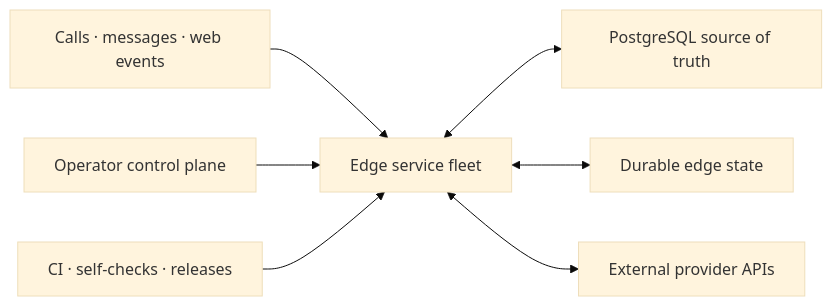
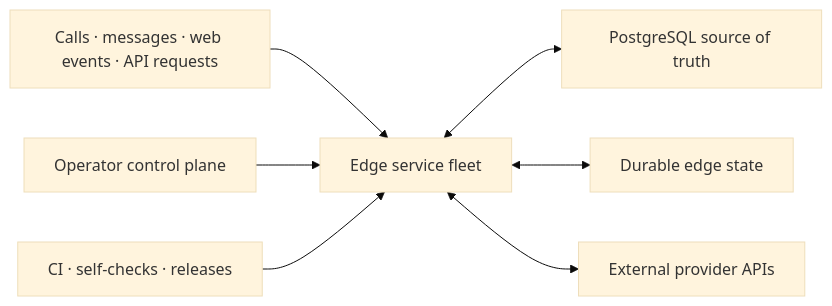
The second of 2 diagrams in README.md (devant00/optqo), drawn with Mermaid (base theme) before and after one commit. The commit also changed other lines of this file, not shown here.

````diff
--- a/README.md
+++ b/README.md
@@ -37,9 +60,9 @@
 ```mermaid
 flowchart LR
-    A["Calls · messages · web events"] --> B["Edge service fleet"]
+    A["Calls · messages · web events · API requests"] --> B["Edge service fleet"]
     B <--> C["PostgreSQL source of truth"]
     B <--> D["Durable edge state"]
     B <--> E["External provider APIs"]
     F["Operator control plane"] --> B
     G["CI · self-checks · releases"] --> B
 ```
````
